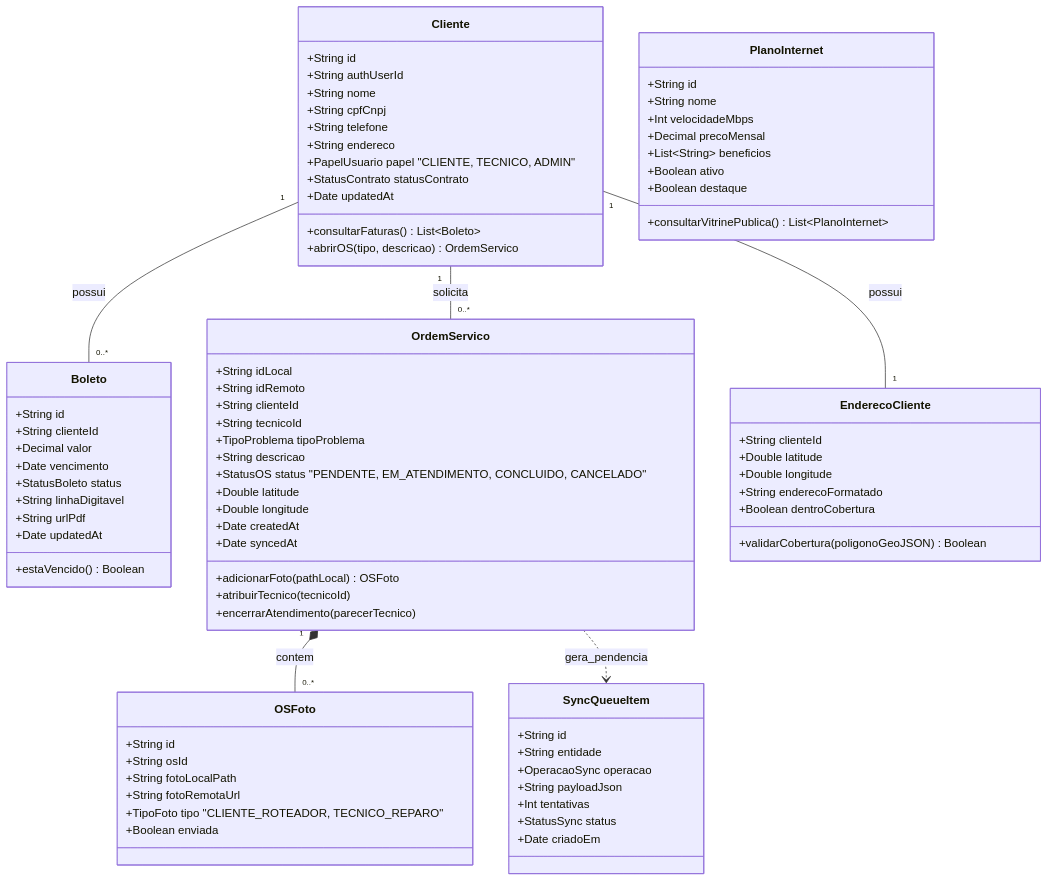
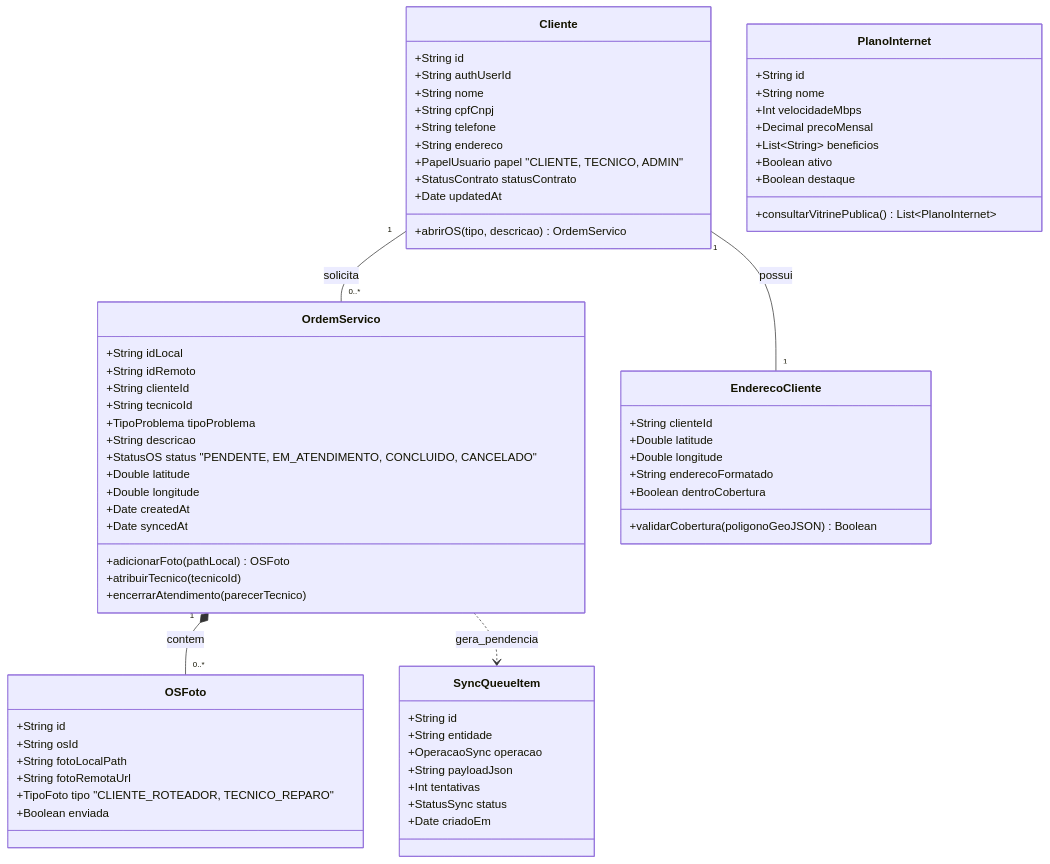
Before and after one commit to jmarques029/APPCJNET: the third of 9 diagrams in docs/proposta-design-software-cjnet.md, drawn with Mermaid. The commit also changed other lines of this file, not shown here.

```diff
--- a/docs/proposta-design-software-cjnet.md
+++ b/docs/proposta-design-software-cjnet.md
@@ -224,7 +216,6 @@
         +PapelUsuario papel "CLIENTE, TECNICO, ADMIN"
         +StatusContrato statusContrato
         +Date updatedAt
-        +consultarFaturas() List~Boleto~
         +abrirOS(tipo, descricao) OrdemServico
     }
 
@@ -237,18 +228,6 @@
         +Boolean ativo
         +Boolean destaque
         +consultarVitrinePublica() List~PlanoInternet~
-    }
-
-    class Boleto {
-        +String id
-        +String clienteId
-        +Decimal valor
-        +Date vencimento
-        +StatusBoleto status
-        +String linhaDigitavel
-        +String urlPdf
-        +Date updatedAt
-        +estaVencido() Boolean
     }
 
     class OrdemServico {
@@ -296,7 +275,6 @@
         +Date criadoEm
     }
 
-    Cliente "1" -- "0..*" Boleto : possui
     Cliente "1" -- "0..*" OrdemServico : solicita
     Cliente "1" -- "1" EnderecoCliente : possui
     OrdemServico "1" *-- "0..*" OSFoto : contem
```
